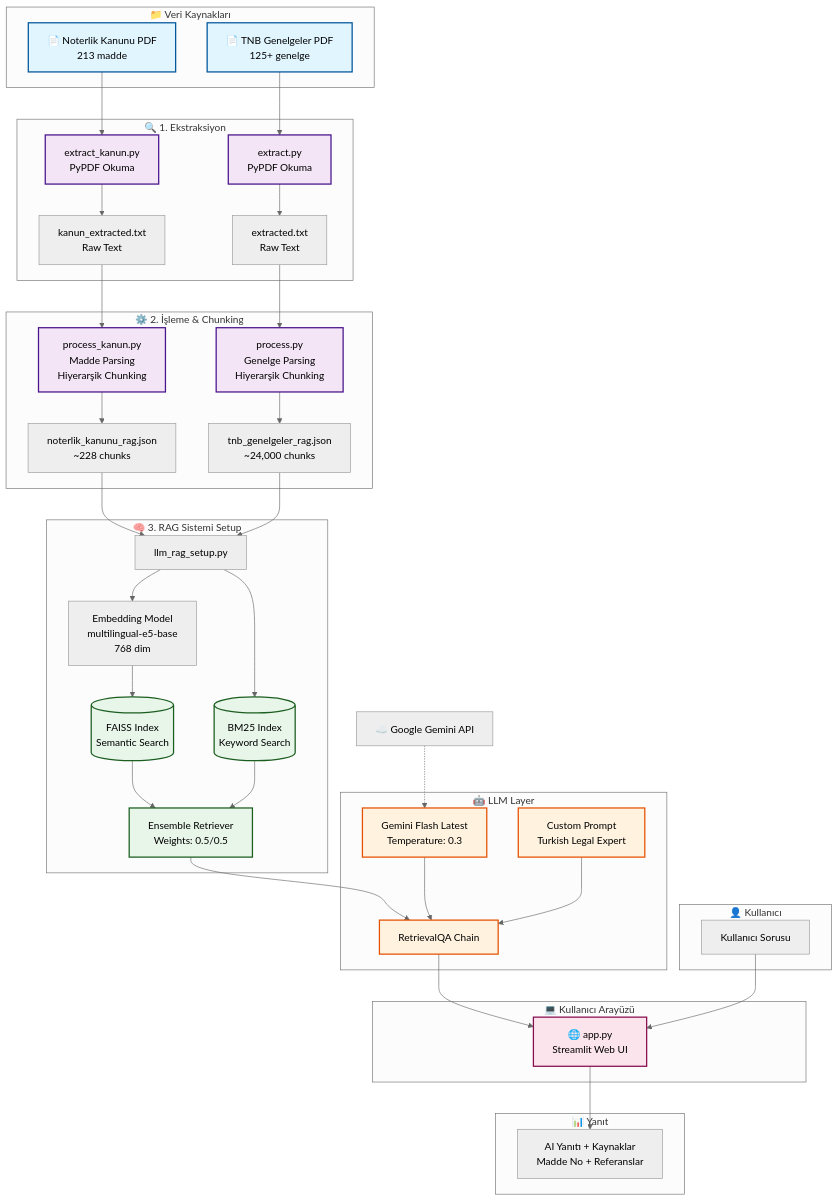
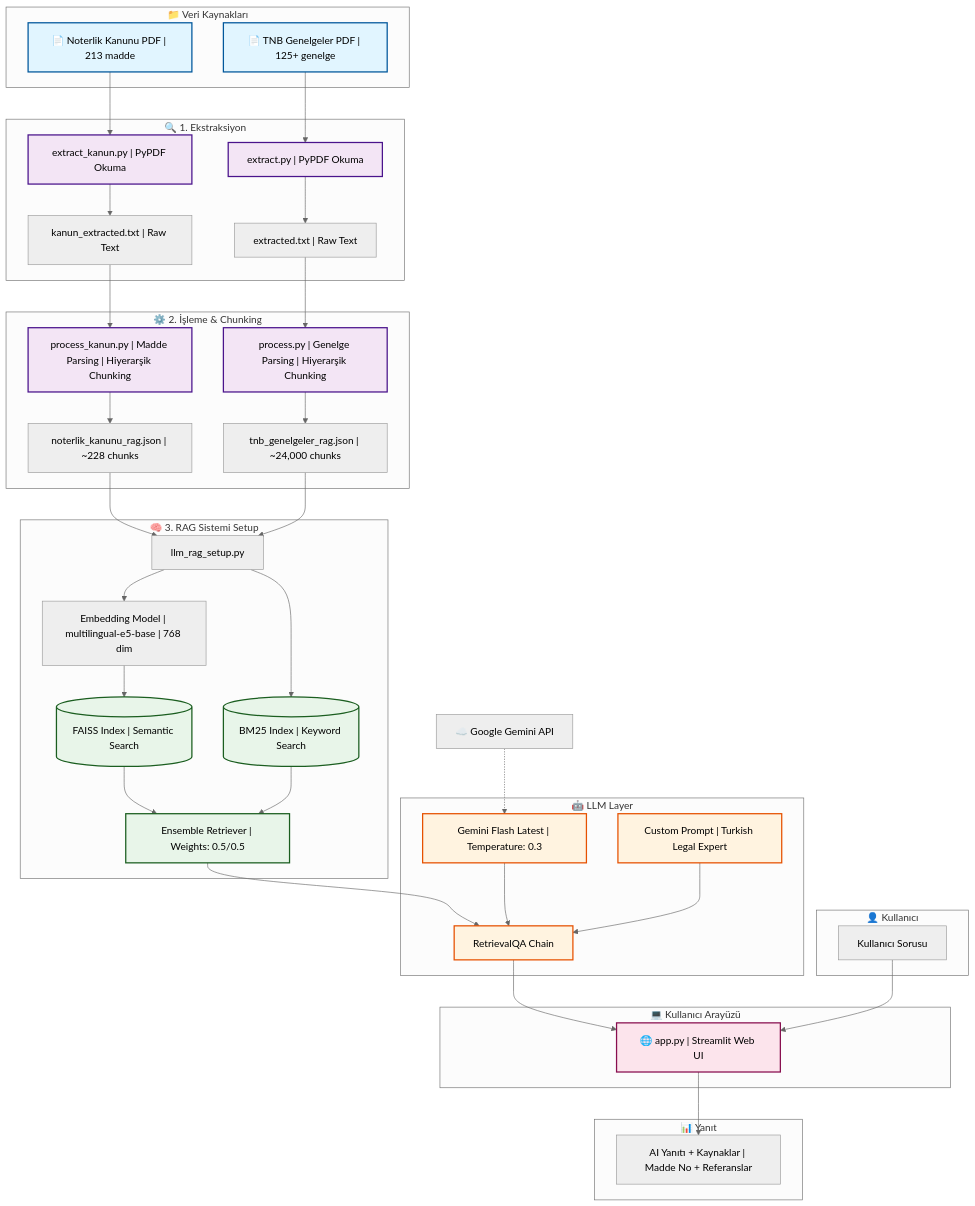
The diagram in README.md (Selcuk05/NoterLLM), drawn with Mermaid (neutral theme) before and after one commit.

````diff
--- a/README.md
+++ b/README.md
@@ -85,40 +85,40 @@
 ```mermaid
 graph TB
     subgraph "📁 Veri Kaynakları"
-        PDF1["📄 Noterlik Kanunu PDF<br>213 madde"]
-        PDF2["📄 TNB Genelgeler PDF<br>125+ genelge"]
+        PDF1["📄 Noterlik Kanunu PDF | 213 madde"]
+        PDF2["📄 TNB Genelgeler PDF | 125+ genelge"]
     end
 
     subgraph "🔍 1. Ekstraksiyon"
-        EXT1["extract_kanun.py<br>PyPDF Okuma"]
-        EXT2["extract.py<br>PyPDF Okuma"]
-        TXT1["kanun_extracted.txt<br>Raw Text"]
-        TXT2["extracted.txt<br>Raw Text"]
+        EXT1["extract_kanun.py | PyPDF Okuma"]
+        EXT2["extract.py | PyPDF Okuma"]
+        TXT1["kanun_extracted.txt | Raw Text"]
+        TXT2["extracted.txt | Raw Text"]
     end
 
     subgraph "⚙️ 2. İşleme & Chunking"
-        PROC1["process_kanun.py<br>Madde Parsing<br>Hiyerarşik Chunking"]
-        PROC2["process.py<br>Genelge Parsing<br>Hiyerarşik Chunking"]
-        JSON1["noterlik_kanunu_rag.json<br>~228 chunks"]
-        JSON2["tnb_genelgeler_rag.json<br>~24,000 chunks"]
+        PROC1["process_kanun.py | Madde Parsing | Hiyerarşik Chunking"]
+        PROC2["process.py | Genelge Parsing | Hiyerarşik Chunking"]
+        JSON1["noterlik_kanunu_rag.json | ~228 chunks"]
+        JSON2["tnb_genelgeler_rag.json | ~24,000 chunks"]
     end
 
     subgraph "🧠 3. RAG Sistemi Setup"
         SETUP["llm_rag_setup.py"]
-        EMB["Embedding Model<br>multilingual-e5-base<br>768 dim"]
-        FAISS[("FAISS Index<br>Semantic Search")]
-        BM25[("BM25 Index<br>Keyword Search")]
-        ENS["Ensemble Retriever<br>Weights: 0.5/0.5"]
+        EMB["Embedding Model | multilingual-e5-base | 768 dim"]
+        FAISS[("FAISS Index | Semantic Search")]
+        BM25[("BM25 Index | Keyword Search")]
+        ENS["Ensemble Retriever | Weights: 0.5/0.5"]
     end
 
     subgraph "🤖 LLM Layer"
-        LLM["Gemini Flash Latest<br>Temperature: 0.3"]
-        PROMPT["Custom Prompt<br>Turkish Legal Expert"]
+        LLM["Gemini Flash Latest | Temperature: 0.3"]
+        PROMPT["Custom Prompt | Turkish Legal Expert"]
         CHAIN["RetrievalQA Chain"]
     end
 
     subgraph "💻 Kullanıcı Arayüzü"
-        WEB["🌐 app.py<br>Streamlit Web UI"]
+        WEB["🌐 app.py | Streamlit Web UI"]
     end
 
     subgraph "👤 Kullanıcı"
@@ -126,7 +126,7 @@
     end
 
     subgraph "📊 Yanıt"
-        ANS["AI Yanıtı + Kaynaklar<br>Madde No + Referanslar"]
+        ANS["AI Yanıtı + Kaynaklar | Madde No + Referanslar"]
     end
 
     %% Veri Akışı
````
